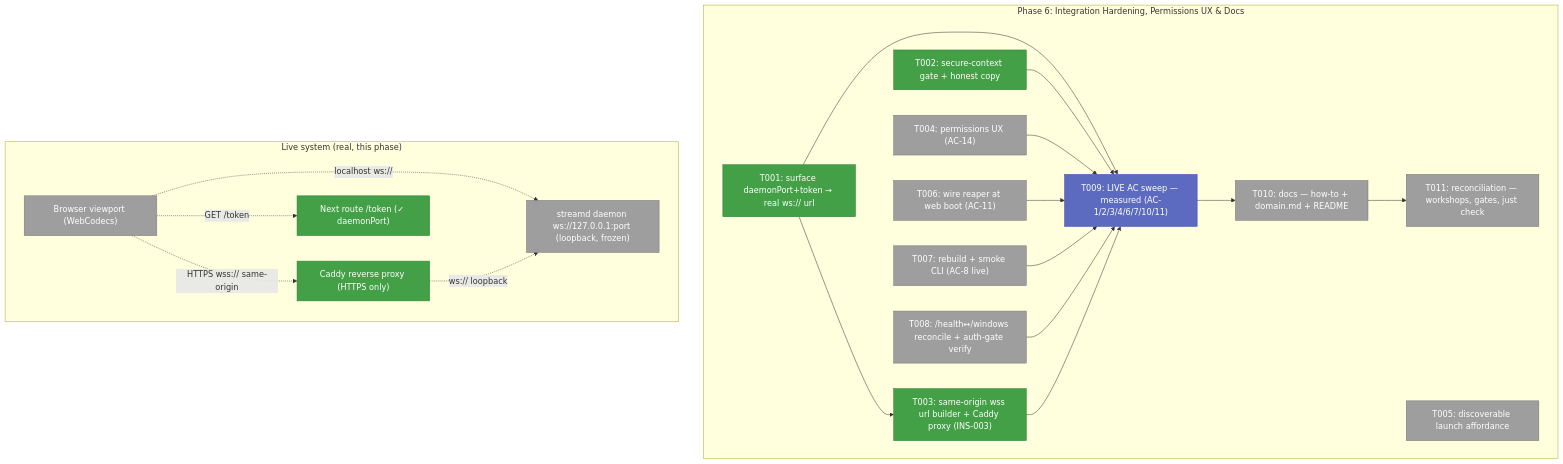
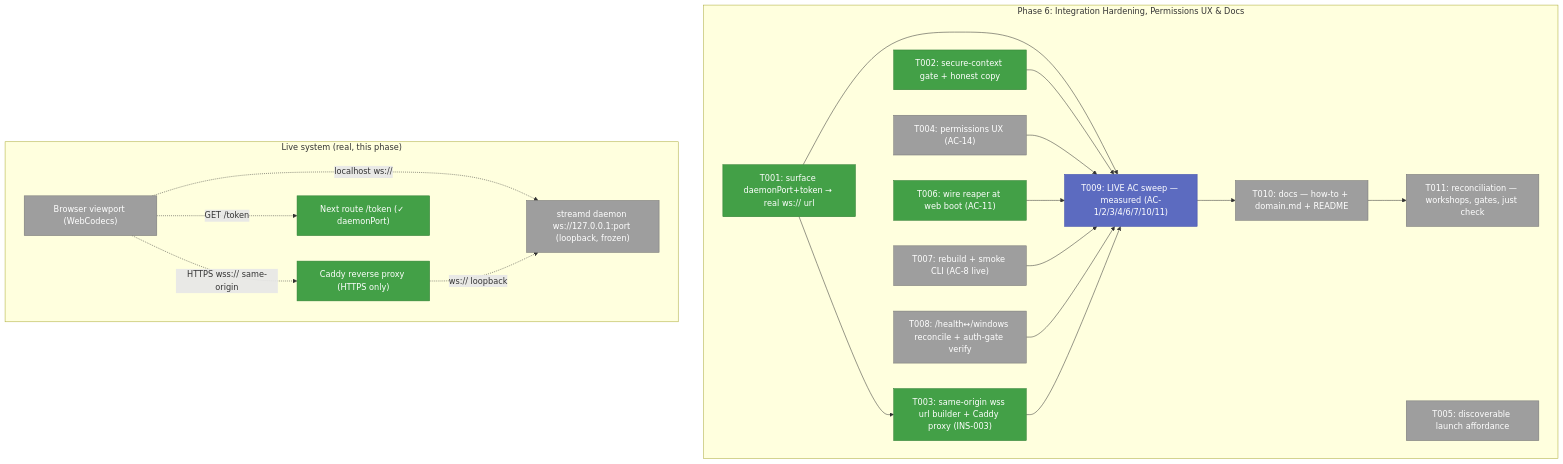
Before and after one commit to AI-Substrate/chainglass: the first of 3 diagrams in docs/plans/088-remote-app-view/tasks/phase-6-integration-hardening-permissions-ux-docs/tasks.md, drawn with Mermaid. The commit also changed other lines of this file and 4 other files, not shown here.

First line of the commit message:
feat(remote-view): T006 wire streamd reaper at web boot (AC-11, Plan 088 Phase 6)

````diff
--- a/docs/plans/088-remote-app-view/tasks/phase-6-integration-hardening-permissions-ux-docs/tasks.md
+++ b/docs/plans/088-remote-app-view/tasks/phase-6-integration-hardening-permissions-ux-docs/tasks.md
@@ -97,42 +97,42 @@
 ```mermaid
 flowchart TD
     classDef pending fill:#9E9E9E,stroke:#757575,color:#fff
     classDef gate fill:#5C6BC0,stroke:#3949AB,color:#fff
     classDef completed fill:#43A047,stroke:#2E7D32,color:#fff
     classDef inprogress fill:#FB8C00,stroke:#EF6C00,color:#fff
 
     subgraph P6["Phase 6: Integration Hardening, Permissions UX & Docs"]
         T001["T001: surface daemonPort+token → real ws:// url"]:::completed
         T002["T002: secure-context gate + honest copy"]:::completed
         T003["T003: same-origin wss url builder + Caddy proxy (INS-003)"]:::completed
         T004["T004: permissions UX (AC-14)"]:::pending
         T005["T005: discoverable launch affordance"]:::pending
-        T006["T006: wire reaper at web boot (AC-11)"]:::pending
+        T006["T006: wire reaper at web boot (AC-11)"]:::completed
         T007["T007: rebuild + smoke CLI (AC-8 live)"]:::pending
         T008["T008: /health↔/windows reconcile + auth-gate verify"]:::pending
         T009["T009: LIVE AC sweep — measured (AC-1/2/3/4/6/7/10/11)"]:::gate
         T010["T010: docs — how-to + domain.md + README"]:::pending
         T011["T011: reconciliation — workshops, gates, just check"]:::pending
 
         T001 --> T003
         T001 --> T009
         T002 --> T009
         T004 --> T009
         T006 --> T009
         T007 --> T009
         T008 --> T009
         T003 --> T009
         T009 --> T010
         T010 --> T011
     end
 
     subgraph Live["Live system (real, this phase)"]
         BR["Browser viewport (WebCodecs)"]:::pending
         NX["Next route /token (✓ daemonPort)"]:::completed
         CX["Caddy reverse proxy (HTTPS only)"]:::completed
         DA["streamd daemon ws://127.0.0.1:port (loopback, frozen)"]:::pending
         BR -.localhost ws://.-> DA
         BR -.HTTPS wss:// same-origin.-> CX -.ws:// loopback.-> DA
         BR -.GET /token.-> NX
     end
 ```
````
